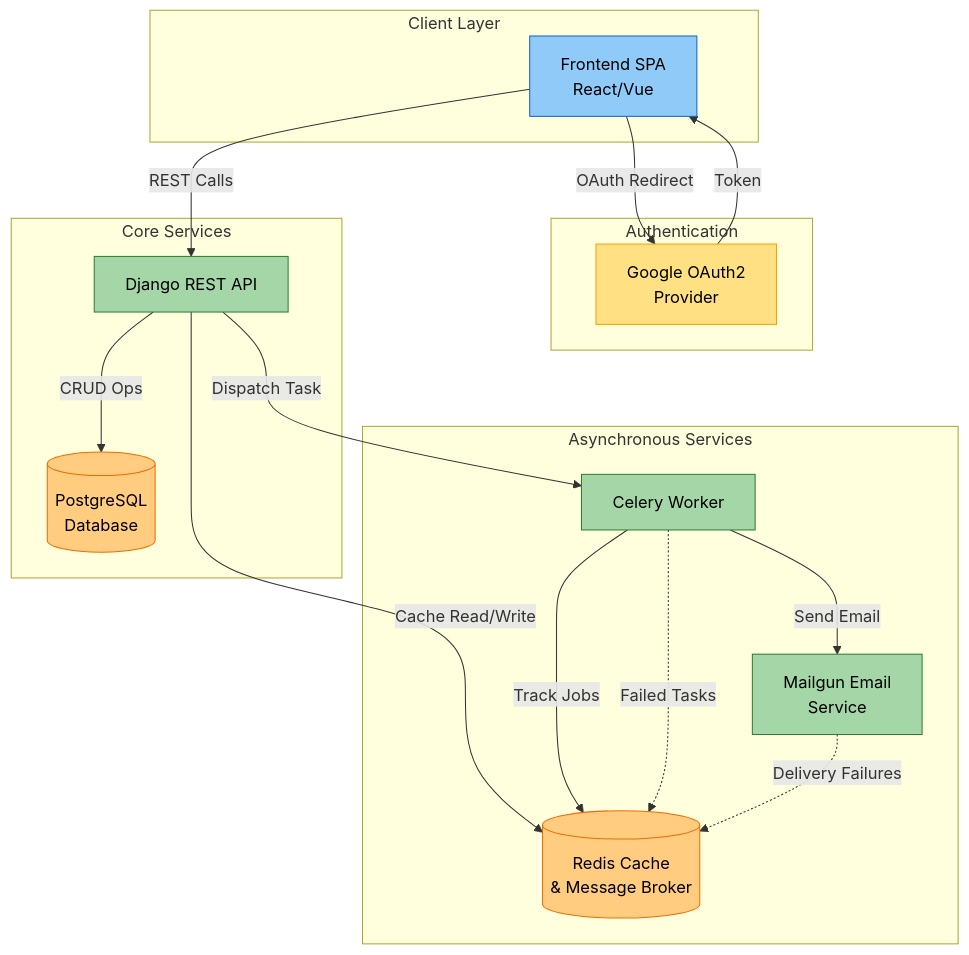
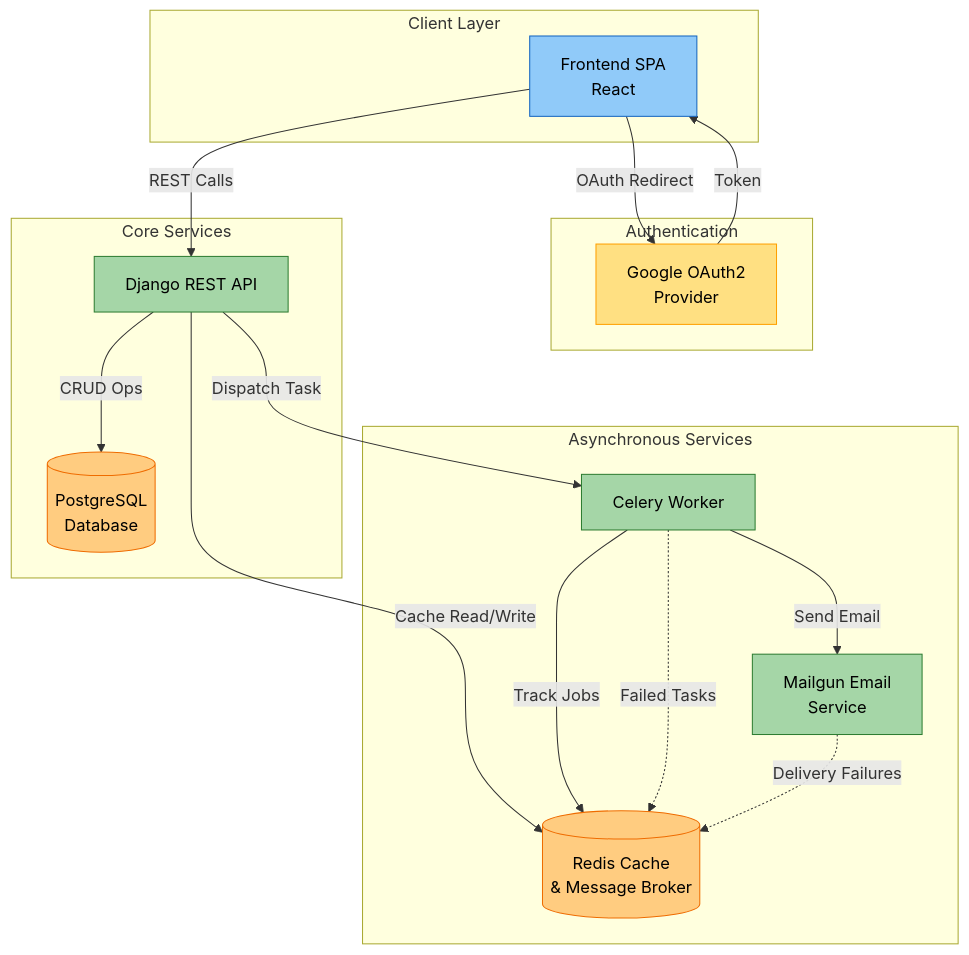
Before and after one commit to imperionite/fm-core: the first of 4 diagrams in README.md, drawn with Mermaid.

Commit message:
:pencil: (md) edit file

````diff
--- a/README.md
+++ b/README.md
@@ -127,53 +127,53 @@
 ```mermaid
 graph TD
     subgraph Client["Client Layer"]
-        A[Frontend SPA<br/>React/Vue]
+        A[Frontend SPA<br/>React]
     end
     
     subgraph Auth["Authentication"]
         G[Google OAuth2<br/>Provider]
     end
     
     subgraph CoreServices["Core Services"]
         B[Django REST API]
         E[(PostgreSQL<br/>Database)]
     end
     
     subgraph AsyncServices["Asynchronous Services"]
         C[Celery Worker]
         D[(Redis Cache<br/>& Message Broker)]
         F[Mailgun Email<br/>Service]
     end
     
     %% Authentication Flow
     A -->|OAuth Redirect| G
     G -->|Token| A
     
     %% API Interactions
     A -->|REST Calls| B
     
     %% Database Operations
     B -->|CRUD Ops| E
     
     %% Asynchronous Operations
     B -->|Cache Read/Write| D
     B -->|Dispatch Task| C
     C -->|Track Jobs| D
     C -->|Send Email| F
     
     %% Error Handling
     C -.->|Failed Tasks| D
     F -.->|Delivery Failures| D
     
     %% Styling
     classDef client fill:#90CAF9,stroke:#1565C0,color:#000
     classDef auth fill:#FFE082,stroke:#FFA000,color:#000
     classDef service fill:#A5D6A7,stroke:#2E7D32,color:#000
     classDef storage fill:#FFCC80,stroke:#EF6C00,color:#000
     classDef error stroke-dasharray: 5 5
     
     class A client
     class G auth
     class B,C,F service
     class D,E storage
 ```
````
